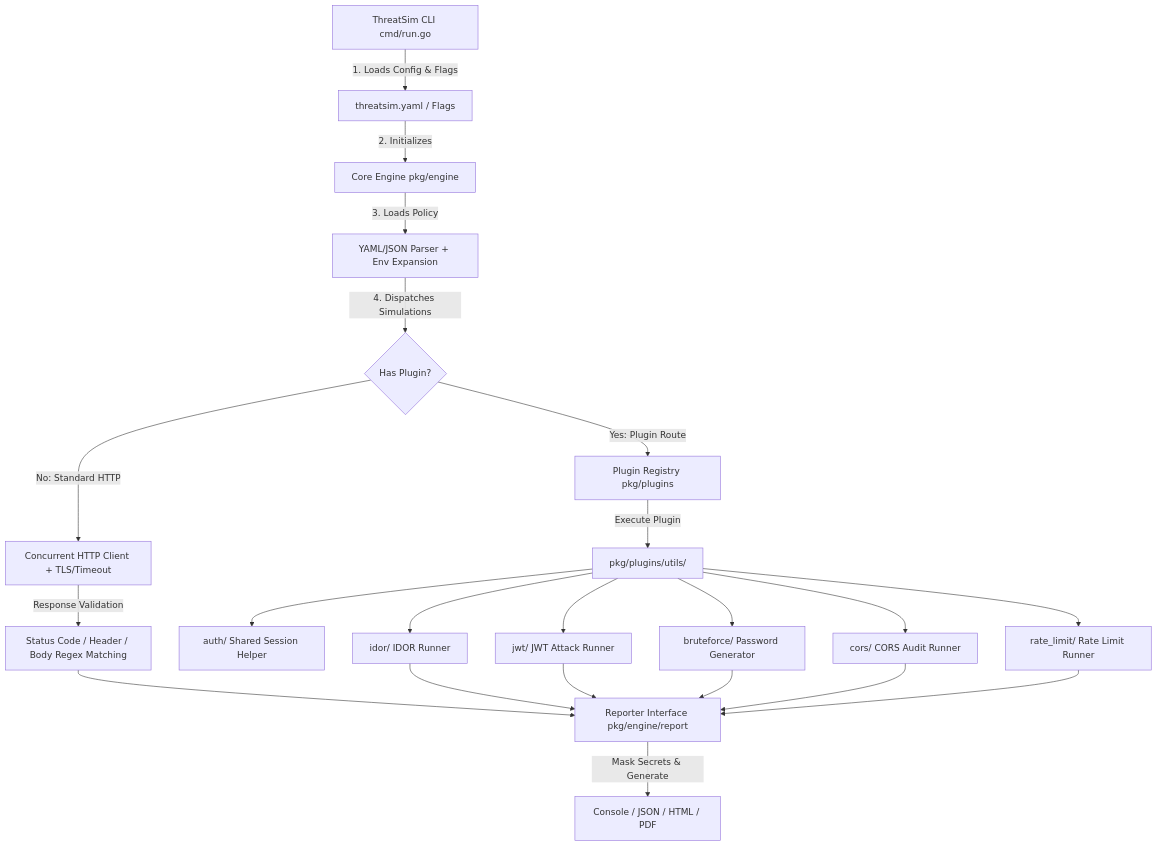
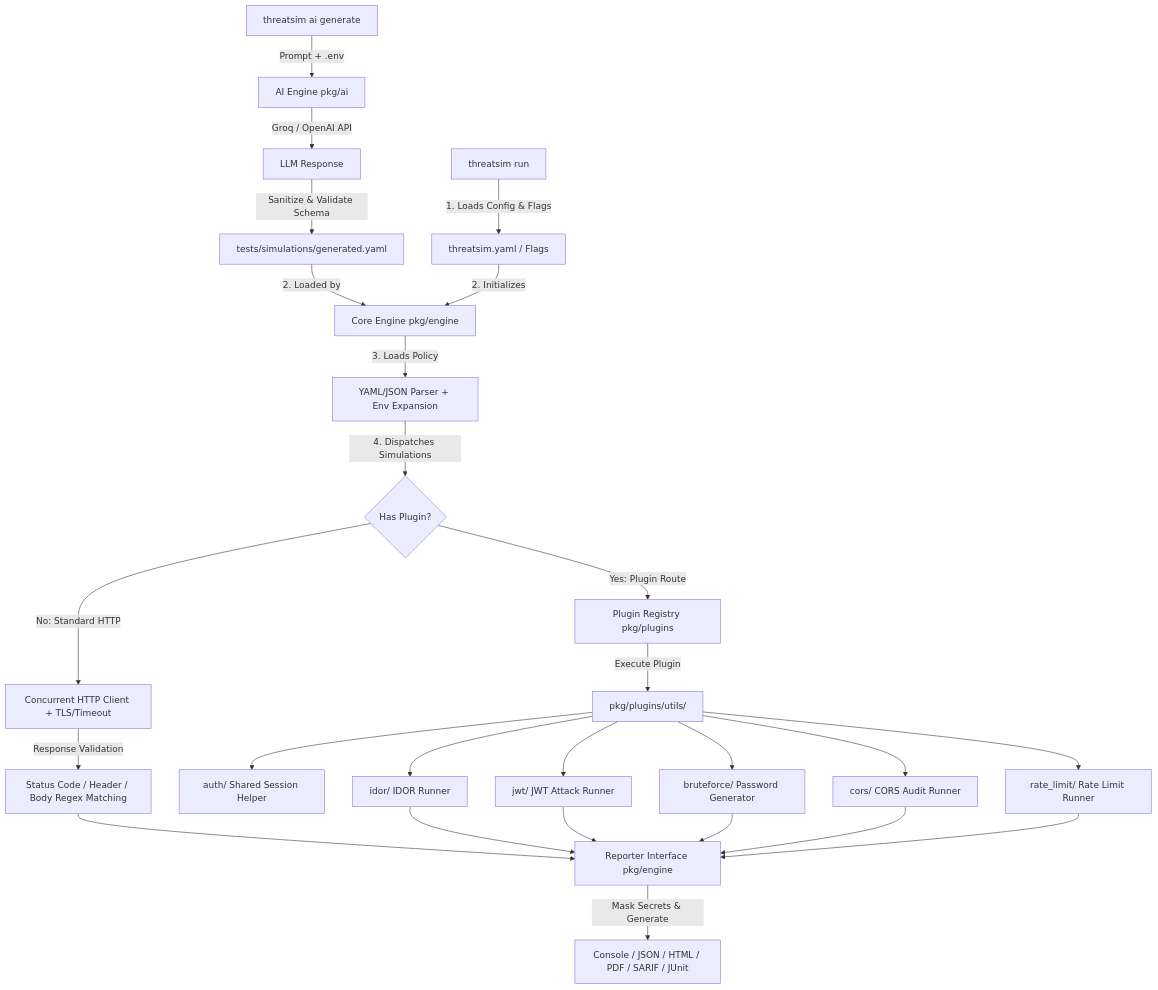
Before and after one commit to Stratify-Systems/ThreatSIM: the diagram in README.md, drawn with Mermaid. The commit also changed other lines of this file and 2 other files, not shown here.

Commit message:
feat: add AI policy generation engine with CLI subcommand, SARIF/JUnit reporting, and expanded plugin documentation.

````diff
--- a/README.md
+++ b/README.md
@@ -29,30 +29,35 @@
 ```mermaid
 flowchart TD
-    CLI[ThreatSim CLI cmd/run.go] -->|1. Loads Config & Flags| Config[threatsim.yaml / Flags]
+    AICLI[threatsim ai generate] -->|Prompt + .env| AIEngine[AI Engine pkg/ai]
+    AIEngine -->|Groq / OpenAI API| LLM[LLM Response]
+    LLM -->|Sanitize & Validate Schema| PolicyYAML[tests/simulations/generated.yaml]
+
+    CLI[threatsim run] -->|1. Loads Config & Flags| Config[threatsim.yaml / Flags]
+    PolicyYAML -->|2. Loaded by| Engine
     Config -->|2. Initializes| Engine[Core Engine pkg/engine]
     
     Engine -->|3. Loads Policy| Parser[YAML/JSON Parser + Env Expansion]
     Parser -->|4. Dispatches Simulations| Router{Has Plugin?}
     
     Router -->|No: Standard HTTP| HTTPClient[Concurrent HTTP Client + TLS/Timeout]
     HTTPClient -->|Response Validation| Asserts[Status Code / Header / Body Regex Matching]
     
     Router -->|Yes: Plugin Route| Registry[Plugin Registry pkg/plugins]
     Registry -->|Execute Plugin| AttackUtils[pkg/plugins/utils/]
     
     AttackUtils --> AuthHelper[auth/ Shared Session Helper]
     AttackUtils --> IDORRunner[idor/ IDOR Runner]
     AttackUtils --> JWTRunner[jwt/ JWT Attack Runner]
     AttackUtils --> BruteforceRunner[bruteforce/ Password Generator]
     AttackUtils --> CORSRunner[cors/ CORS Audit Runner]
     AttackUtils --> RateLimitRunner[rate_limit/ Rate Limit Runner]
     
-    Asserts --> Reporter[Reporter Interface pkg/engine/report]
+    Asserts --> Reporter[Reporter Interface pkg/engine]
     IDORRunner --> Reporter
     JWTRunner --> Reporter
     BruteforceRunner --> Reporter
     CORSRunner --> Reporter
     RateLimitRunner --> Reporter
     
-    Reporter -->|Mask Secrets & Generate| Output[Console / JSON / HTML / PDF]
+    Reporter -->|Mask Secrets & Generate| Output[Console / JSON / HTML / PDF / SARIF / JUnit]
 ```
````
